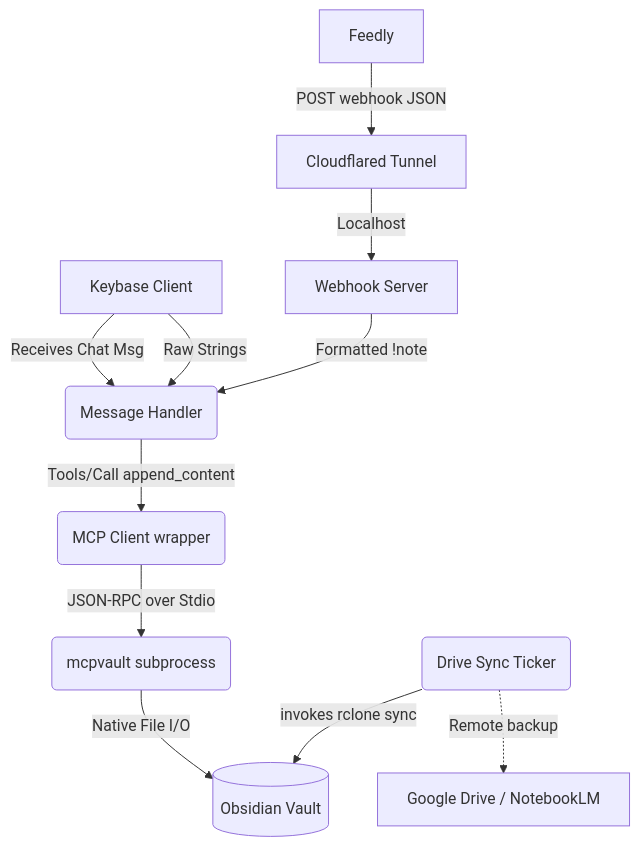
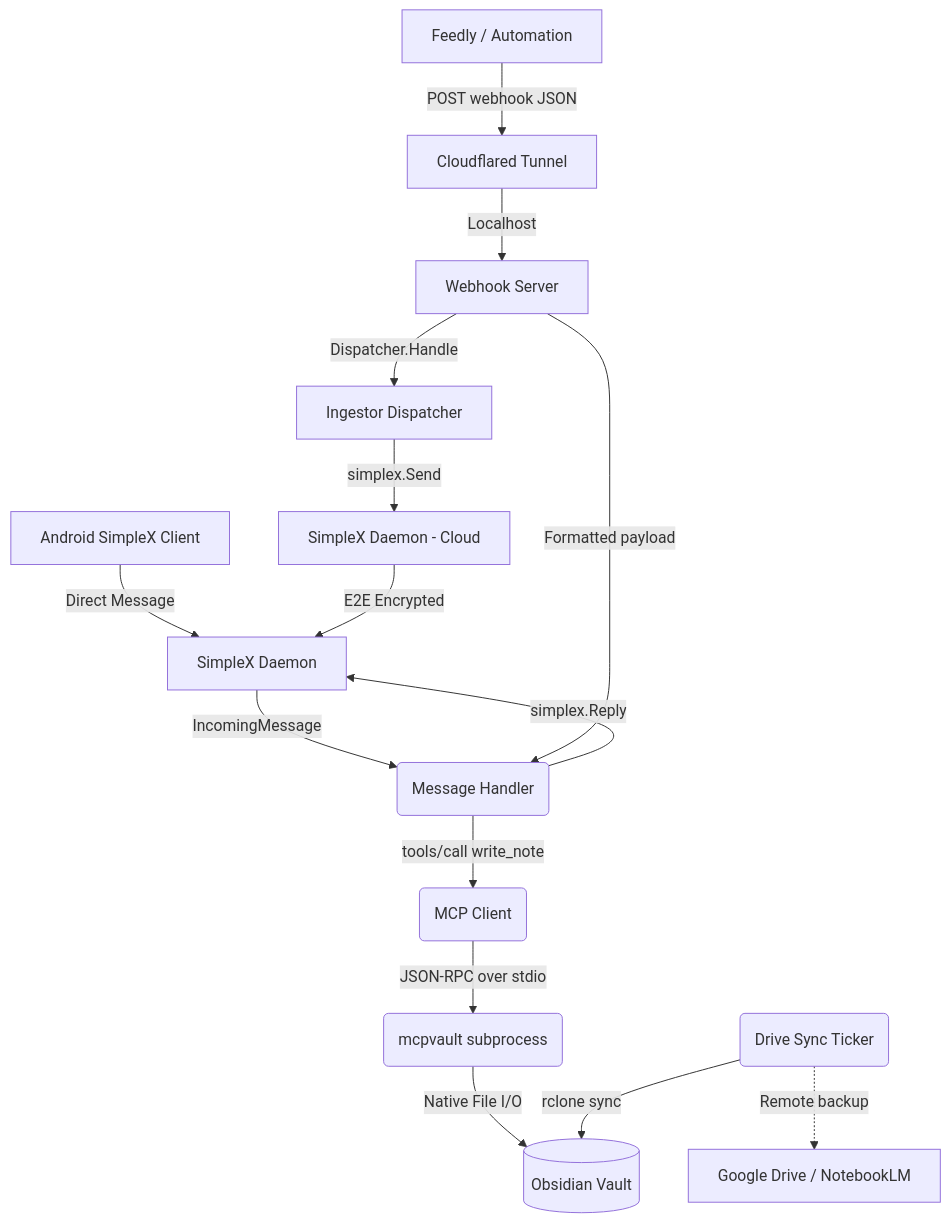
Before and after one commit to hoshposh/keybase-bot: the diagram in docs/DESIGN.md, drawn with Mermaid. The commit also changed other lines of this file and 10 other files, not shown here.

First line of the commit message:
feat: complete SimpleX migration and add bot reply/ingestor forwarding

````diff
--- a/docs/DESIGN.md
+++ b/docs/DESIGN.md
@@ -66,20 +105,28 @@
 ```mermaid
 graph TD;
     %% Data Ingestion
-    A[Keybase Client] -->|Receives Chat Msg| B
-    C[Feedly] -->|POST webhook JSON| D[Cloudflared Tunnel]
+    A[Android SimpleX Client] -->|Direct Message| B[SimpleX Daemon]
+    C[Feedly / Automation] -->|POST webhook JSON| D[Cloudflared Tunnel]
     D -->|Localhost| E[Webhook Server]
-    
-    %% Routing
-    A -->|Raw Strings| B(Message Handler)
-    E -->|Formatted !note| B
-    
+
+    %% Standalone / Executor path
+    B -->|IncomingMessage| F(Message Handler)
+    E -->|Formatted payload| F
+
+    %% Ingestor relay path
+    E -->|Dispatcher.Handle| G[Ingestor Dispatcher]
+    G -->|simplex.Send| H[SimpleX Daemon - Cloud]
+    H -->|E2E Encrypted| B
+
     %% Execution via MCP
-    B -->|Tools/Call append_content| F(MCP Client wrapper)
-    F -->|JSON-RPC over Stdio| G(mcpvault subprocess)
-    G -->|Native File I/O| H[(Obsidian Vault)]
-    
+    F -->|tools/call write_note| I(MCP Client)
+    I -->|JSON-RPC over stdio| J(mcpvault subprocess)
+    J -->|Native File I/O| K[(Obsidian Vault)]
+
     %% Background Loop
-    I(Drive Sync Ticker) -->|invokes rclone sync| H
-    I -.->|Remote backup| J[Google Drive / NotebookLM]
+    L(Drive Sync Ticker) -->|rclone sync| K
+    L -.->|Remote backup| M[Google Drive / NotebookLM]
+
+    %% Bot Replies
+    F -->|simplex.Reply| B
 ```
````
